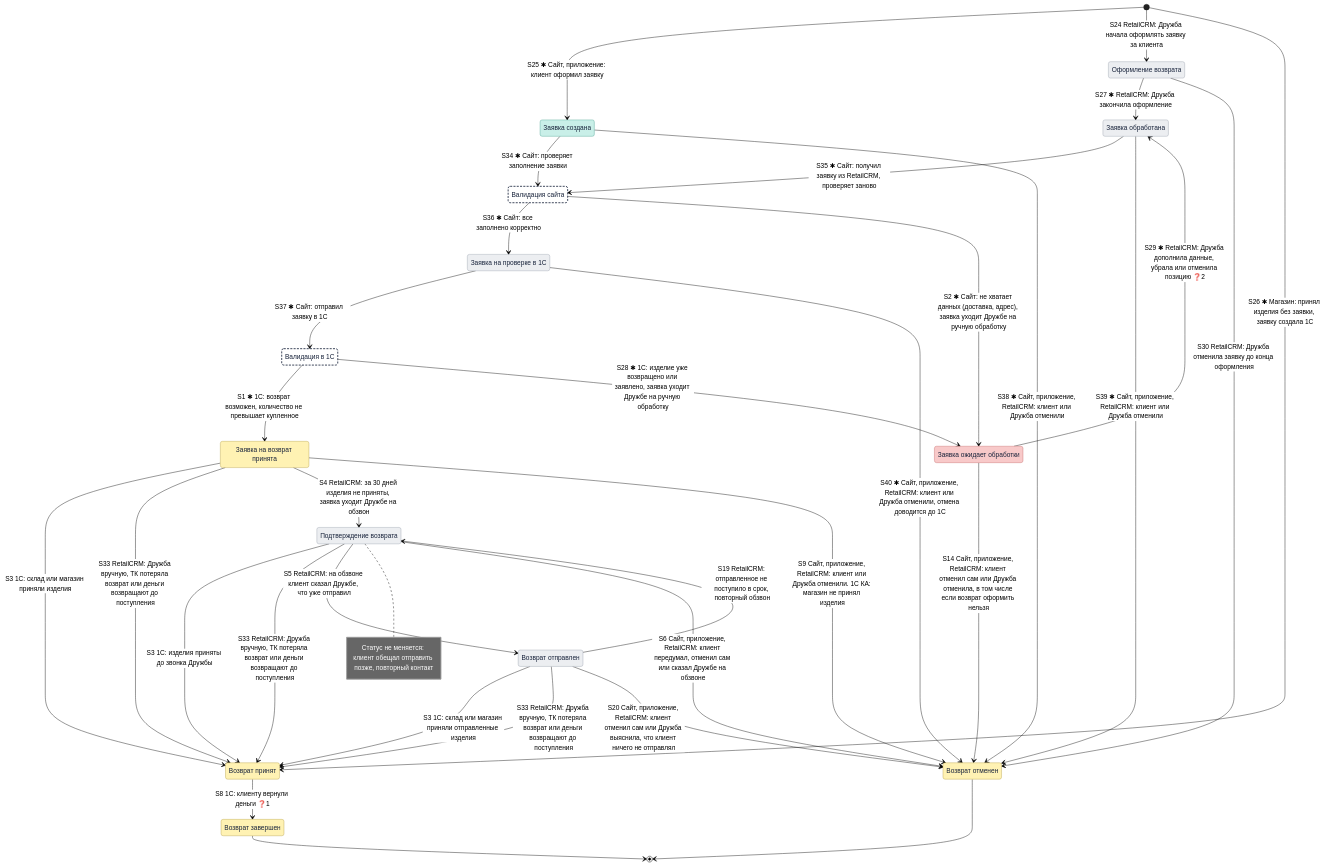
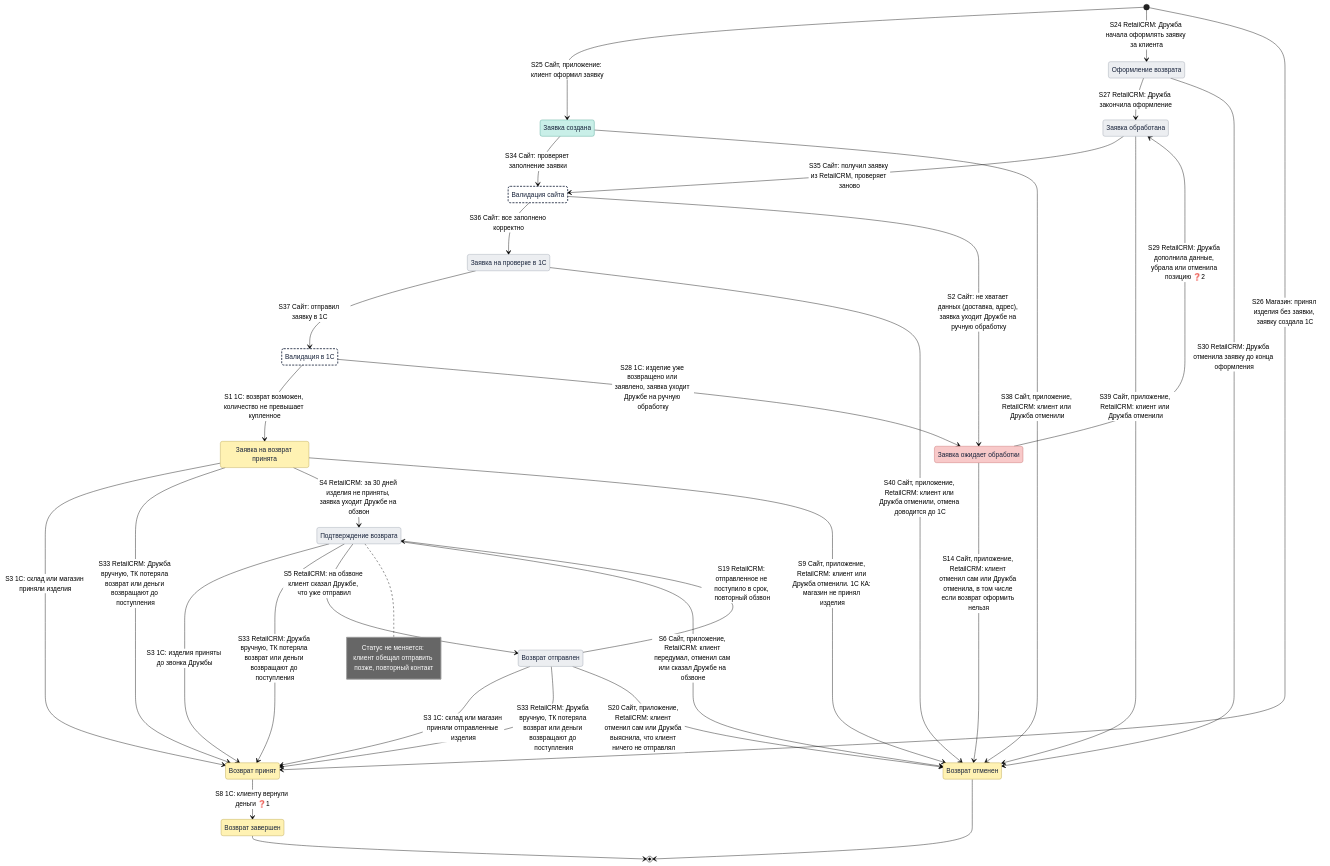
The first of 3 diagrams in projects/returns-2.0/requirements/diagrams/state/return-status-v4_state.md (Terinss155/opencode-agents-analysis), drawn with Mermaid (neutral theme) before and after one commit. The commit also changed other lines of this file and 565 other files, not shown here.

````diff
--- a/projects/returns-2.0/requirements/diagrams/state/return-status-v4_state.md
+++ b/projects/returns-2.0/requirements/diagrams/state/return-status-v4_state.md
@@ -58,65 +56,65 @@
 ```mermaid
 stateDiagram-v2
     direction TB
 
     state "Оформление возврата" as Draft
     state "Заявка создана" as Created
     state "Заявка обработана" as Processed
     state "Валидация сайта" as SiteCheck
     state "Заявка на проверке в 1С" as SiteValid
     state "Валидация в 1С" as OneCCheck
     state "Заявка ожидает обработки" as Pending
     state "Заявка на возврат принята" as Accepted
     state "Подтверждение возврата" as Confirm
     state "Возврат отправлен" as Sent
     state "Возврат принят" as Received
     state "Возврат завершен" as Completed
     state "Возврат отменен" as Cancelled
 
-    [*] --> Created : S25 ✱ Сайт, приложение: клиент оформил заявку
+    [*] --> Created : S25 Сайт, приложение: клиент оформил заявку
     [*] --> Draft : S24 RetailCRM: Дружба начала оформлять заявку за клиента
-    [*] --> Received : S26 ✱ Магазин: принял изделия без заявки, заявку создала 1С
-    Draft --> Processed : S27 ✱ RetailCRM: Дружба закончила оформление
-    Created --> SiteCheck : S34 ✱ Сайт: проверяет заполнение заявки
-    Processed --> SiteCheck : S35 ✱ Сайт: получил заявку из RetailCRM, проверяет заново
-    SiteCheck --> SiteValid : S36 ✱ Сайт: все заполнено корректно
-    SiteCheck --> Pending : S2 ✱ Сайт: не хватает данных (доставка, адрес), заявка уходит Дружбе на ручную обработку
-    SiteValid --> OneCCheck : S37 ✱ Сайт: отправил заявку в 1С
-    OneCCheck --> Accepted : S1 ✱ 1С: возврат возможен, количество не превышает купленное
-    OneCCheck --> Pending : S28 ✱ 1С: изделие уже возвращено или заявлено, заявка уходит Дружбе на ручную обработку
-    Pending --> Processed : S29 ✱ RetailCRM: Дружба дополнила данные, убрала или отменила позицию ❓2
+    [*] --> Received : S26 Магазин: принял изделия без заявки, заявку создала 1С
+    Draft --> Processed : S27 RetailCRM: Дружба закончила оформление
+    Created --> SiteCheck : S34 Сайт: проверяет заполнение заявки
+    Processed --> SiteCheck : S35 Сайт: получил заявку из RetailCRM, проверяет заново
+    SiteCheck --> SiteValid : S36 Сайт: все заполнено корректно
+    SiteCheck --> Pending : S2 Сайт: не хватает данных (доставка, адрес), заявка уходит Дружбе на ручную обработку
+    SiteValid --> OneCCheck : S37 Сайт: отправил заявку в 1С
+    OneCCheck --> Accepted : S1 1С: возврат возможен, количество не превышает купленное
+    OneCCheck --> Pending : S28 1С: изделие уже возвращено или заявлено, заявка уходит Дружбе на ручную обработку
+    Pending --> Processed : S29 RetailCRM: Дружба дополнила данные, убрала или отменила позицию ❓2
     Accepted --> Received : S3 1С: склад или магазин приняли изделия
     Accepted --> Received : S33 RetailCRM: Дружба вручную, ТК потеряла возврат или деньги возвращают до поступления
     Accepted --> Confirm : S4 RetailCRM: за 30 дней изделия не приняты, заявка уходит Дружбе на обзвон
     Confirm --> Received : S3 1С: изделия приняты до звонка Дружбы
     Confirm --> Received : S33 RetailCRM: Дружба вручную, ТК потеряла возврат или деньги возвращают до поступления
     Confirm --> Sent : S5 RetailCRM: на обзвоне клиент сказал Дружбе, что уже отправил
     note right of Confirm
         Статус не меняется: клиент обещал отправить позже, повторный контакт
     end note
     Sent --> Confirm : S19 RetailCRM: отправленное не поступило в срок, повторный обзвон
     Sent --> Received : S3 1С: склад или магазин приняли отправленные изделия
     Sent --> Received : S33 RetailCRM: Дружба вручную, ТК потеряла возврат или деньги возвращают до поступления
     Received --> Completed : S8 1С: клиенту вернули деньги ❓1
     Draft --> Cancelled : S30 RetailCRM: Дружба отменила заявку до конца оформления
-    Created --> Cancelled : S38 ✱ Сайт, приложение, RetailCRM: клиент или Дружба отменили
-    Processed --> Cancelled : S39 ✱ Сайт, приложение, RetailCRM: клиент или Дружба отменили
-    SiteValid --> Cancelled : S40 ✱ Сайт, приложение, RetailCRM: клиент или Дружба отменили, отмена доводится до 1С
+    Created --> Cancelled : S38 Сайт, приложение, RetailCRM: клиент или Дружба отменили
+    Processed --> Cancelled : S39 Сайт, приложение, RetailCRM: клиент или Дружба отменили
+    SiteValid --> Cancelled : S40 Сайт, приложение, RetailCRM: клиент или Дружба отменили, отмена доводится до 1С
     Pending --> Cancelled : S14 Сайт, приложение, RetailCRM: клиент отменил сам или Дружба отменила, в том числе если возврат оформить нельзя
     Accepted --> Cancelled : S9 Сайт, приложение, RetailCRM: клиент или Дружба отменили. 1С КА: магазин не принял изделия
     Confirm --> Cancelled : S6 Сайт, приложение, RetailCRM: клиент передумал, отменил сам или сказал Дружбе на обзвоне
     Sent --> Cancelled : S20 Сайт, приложение, RetailCRM: клиент отменил сам или Дружба выяснила, что клиент ничего не отправлял
     Completed --> [*]
     Cancelled --> [*]
 
     classDef both fill:#fff2b3,stroke:#b8a24a,color:#17223a
     classDef first fill:#c9efe8,stroke:#4aa392,color:#17223a
     classDef internal fill:#eceef1,stroke:#9aa1ad,color:#17223a
     classDef error fill:#f8c9c9,stroke:#c66b6b,color:#17223a
     classDef check fill:#ffffff,stroke:#17223a,stroke-width:2px,stroke-dasharray:5 3,color:#17223a
     class Created first
     class Pending error
     class Accepted,Received,Completed,Cancelled both
     class Draft,Processed,SiteValid,Confirm,Sent internal
     class SiteCheck,OneCCheck check
 ```
````
